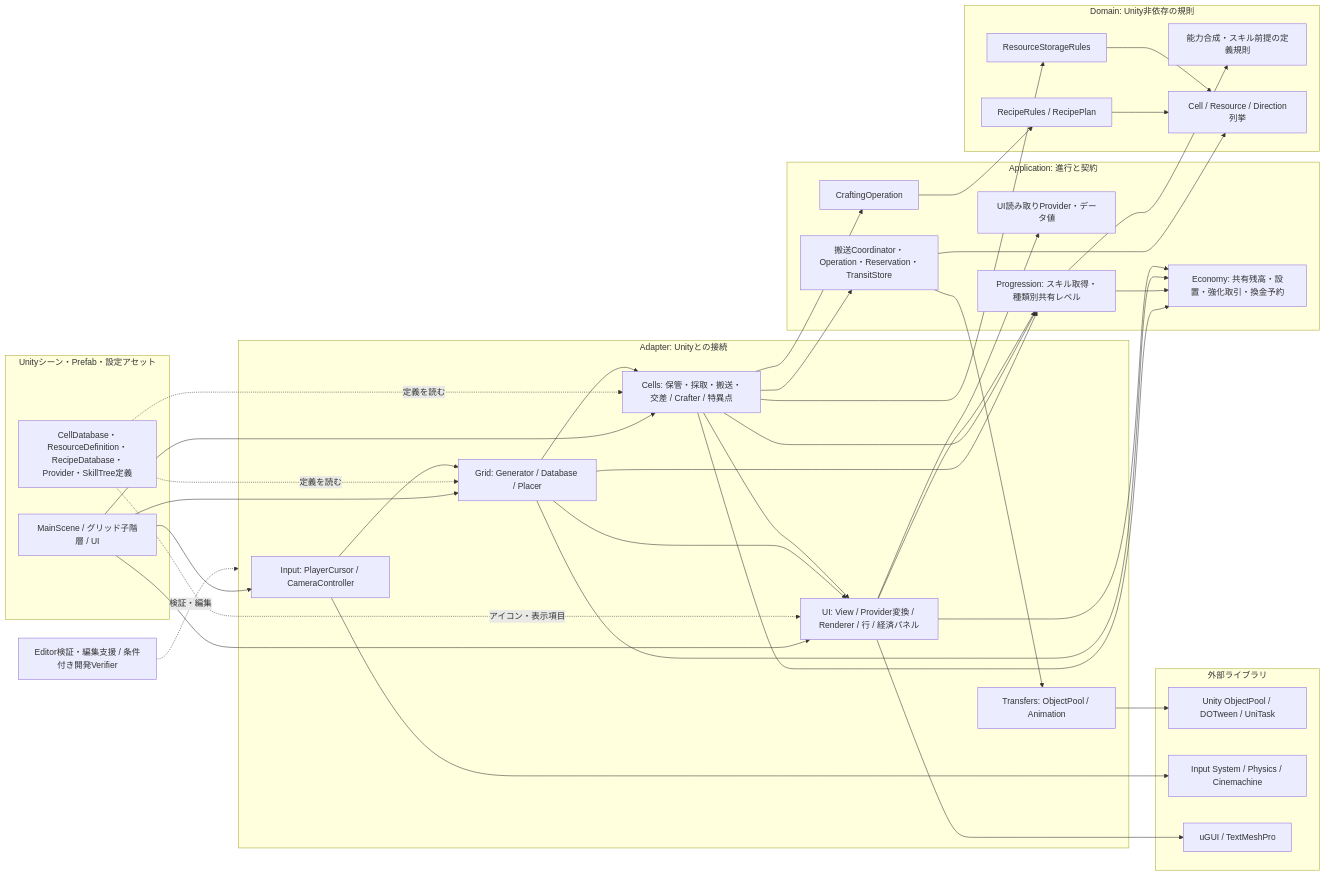
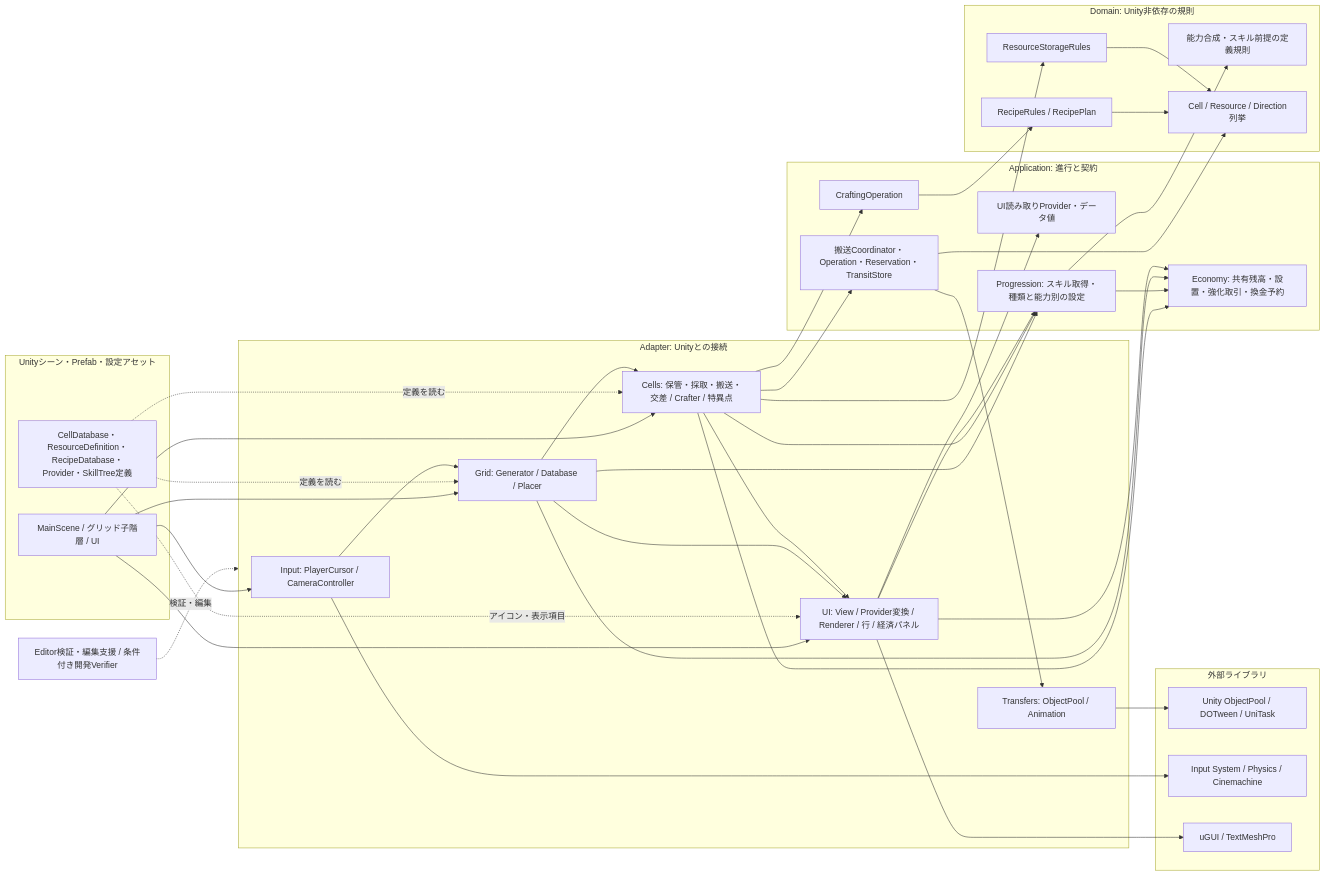
The first of 2 diagrams in docs/design/current-architecture.md (AoiTomiyama/FactoryGame), drawn with Mermaid before and after one commit. The commit also changed other lines of this file and 36 other files, not shown here.

````diff
--- a/docs/design/current-architecture.md
+++ b/docs/design/current-architecture.md
@@ -40,64 +40,64 @@
 ```mermaid
 flowchart LR
  subgraph Scene["Unityシーン・Prefab・設定アセット"]
   Main["MainScene / グリッド子階層 / UI"]
   SO["CellDatabase・ResourceDefinition・RecipeDatabase・Provider・SkillTree定義"]
  end
  subgraph Adapter["Adapter: Unityとの接続"]
   Input["Input: PlayerCursor / CameraController"]
   Grid["Grid: Generator / Database / Placer"]
   Cells["Cells: 保管・採取・搬送・交差 / Crafter / 特異点"]
   Presentation["Transfers: ObjectPool / Animation"]
   UI["UI: View / Provider変換 / Renderer / 行 / 経済パネル"]
  end
  subgraph Application["Application: 進行と契約"]
   Transfer["搬送Coordinator・Operation・Reservation・TransitStore"]
   Craft["CraftingOperation"]
   Read["UI読み取りProvider・データ値"]
-  Progression["Progression: スキル取得・種類別共有レベル"]
+  Progression["Progression: スキル取得・種類と能力別の設定"]
   Economy["Economy: 共有残高・設置・強化取引・換金予約"]
  end
  subgraph Domain["Domain: Unity非依存の規則"]
   Stats["能力合成・スキル前提の定義規則"]
   Storage["ResourceStorageRules"]
   Recipe["RecipeRules / RecipePlan"]
   Enum["Cell / Resource / Direction列挙"]
  end
  Main --> Input
  Main --> Grid
  Main --> Cells
  Main --> UI
  SO -. "定義を読む" .-> Grid
  SO -. "定義を読む" .-> Cells
  SO -. "アイコン・表示項目" .-> UI
  Input --> Grid
  Grid --> Cells
  Grid --> UI
  Cells --> Economy
  Grid --> Progression
  Cells --> Progression
  Progression --> Economy
  Progression --> Stats
  Grid --> Economy
  Cells --> Transfer
  Cells --> Craft
  Cells --> Storage
  Cells --> UI
  UI --> Read
  Transfer --> Presentation
  Transfer --> Enum
  Craft --> Recipe
  Recipe --> Enum
  Storage --> Enum
  Presentation --> External
  Input --> InputLib
  UI --> UILib
  Editor["Editor検証・編集支援 / 条件付き開発Verifier"] -. "検証・編集" .-> Adapter
  subgraph Libraries["外部ライブラリ"]
  External["Unity ObjectPool / DOTween / UniTask"]
  InputLib["Input System / Physics / Cinemachine"]
  UILib["uGUI / TextMeshPro"]
  end
  UI --> Economy
  UI --> Progression
 ```
````
